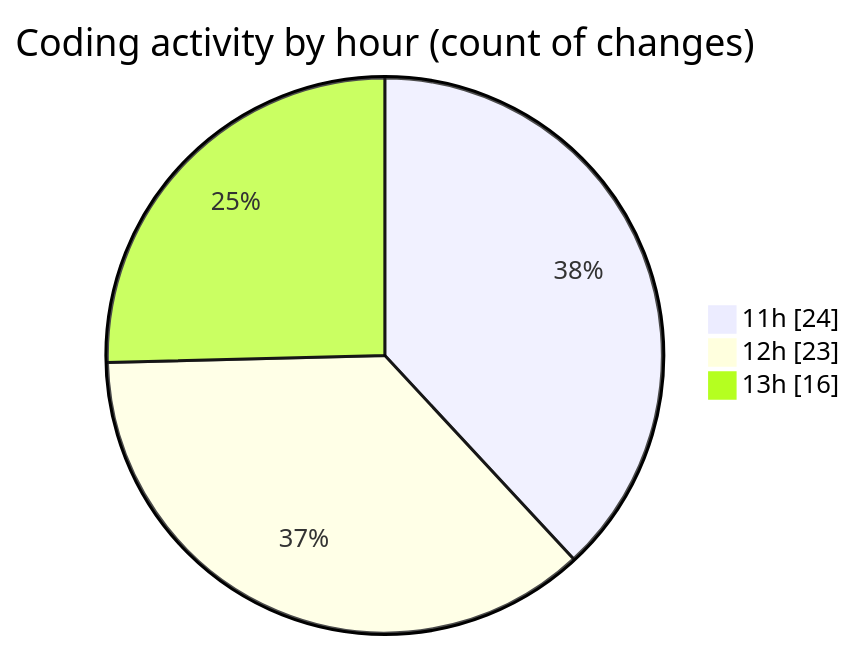
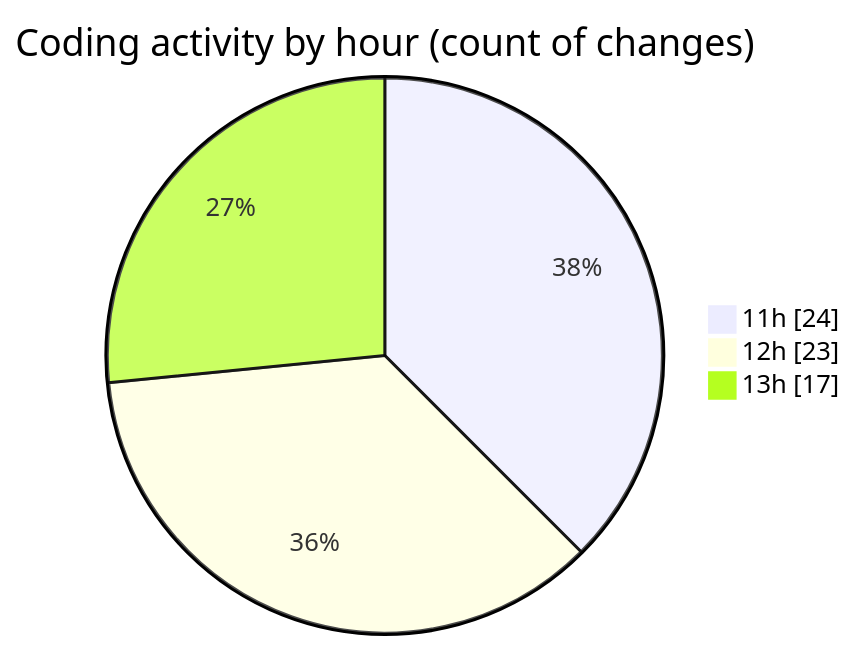
The second of 2 diagrams in 2025-09-18/nxtqube_webapp/README.md (nxtqubesakshisongat/code-tracking), drawn with Mermaid before and after one commit. The commit also changed other lines of this file and 1 other file, not shown here.

````diff
--- a/2025-09-18/nxtqube_webapp/README.md
+++ b/2025-09-18/nxtqube_webapp/README.md
@@ -40,7 +41,7 @@
 ```mermaid
 pie showData
 title Coding activity by hour (count of changes)
 "11h" : 24
 "12h" : 23
-"13h" : 16
+"13h" : 17
 ```
````
